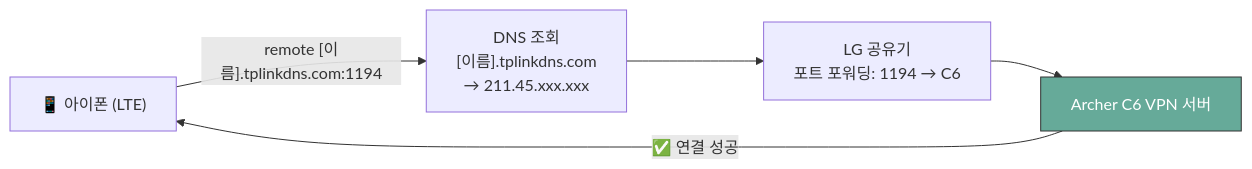
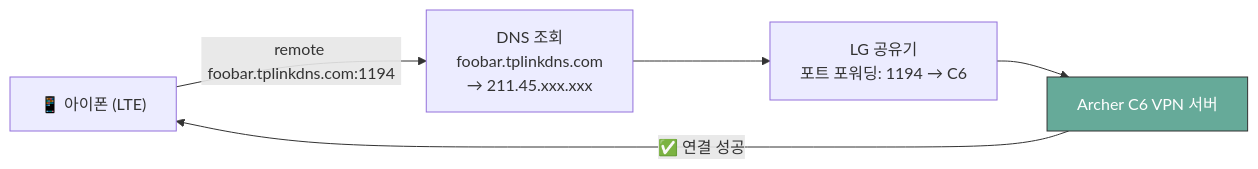
One commit to samcho0608/samcho0608.github.io changed the second of 2 diagrams in content/ko/router-vpn-02.md. Above: the diagram before and after it, drawn with Mermaid. The commit also changed other lines of this file and 5 other files, not shown here.

````diff
--- a/content/ko/router-vpn-02.md
+++ b/content/ko/router-vpn-02.md
@@ -112,14 +112,14 @@
 ```mermaid
 graph LR
     iPhone["📱 아이폰 (LTE)"]
-    DNS["DNS 조회<br/>[이름].tplinkdns.com<br/>→ 211.45.xxx.xxx"]
+    DNS["DNS 조회<br/>foobar.tplinkdns.com<br/>→ 211.45.xxx.xxx"]
     LG["LG 공유기<br/>포트 포워딩: 1194 → C6"]
     C6["Archer C6 VPN 서버"]
 
-    iPhone -->|"remote [이름].tplinkdns.com:1194"| DNS
+    iPhone -->|"remote foobar.tplinkdns.com:1194"| DNS
     DNS --> LG
     LG --> C6
     C6 -->|"✅ 연결 성공"| iPhone
 
     style C6 fill:#6a9,stroke:#333,color:#fff
 ```
````
